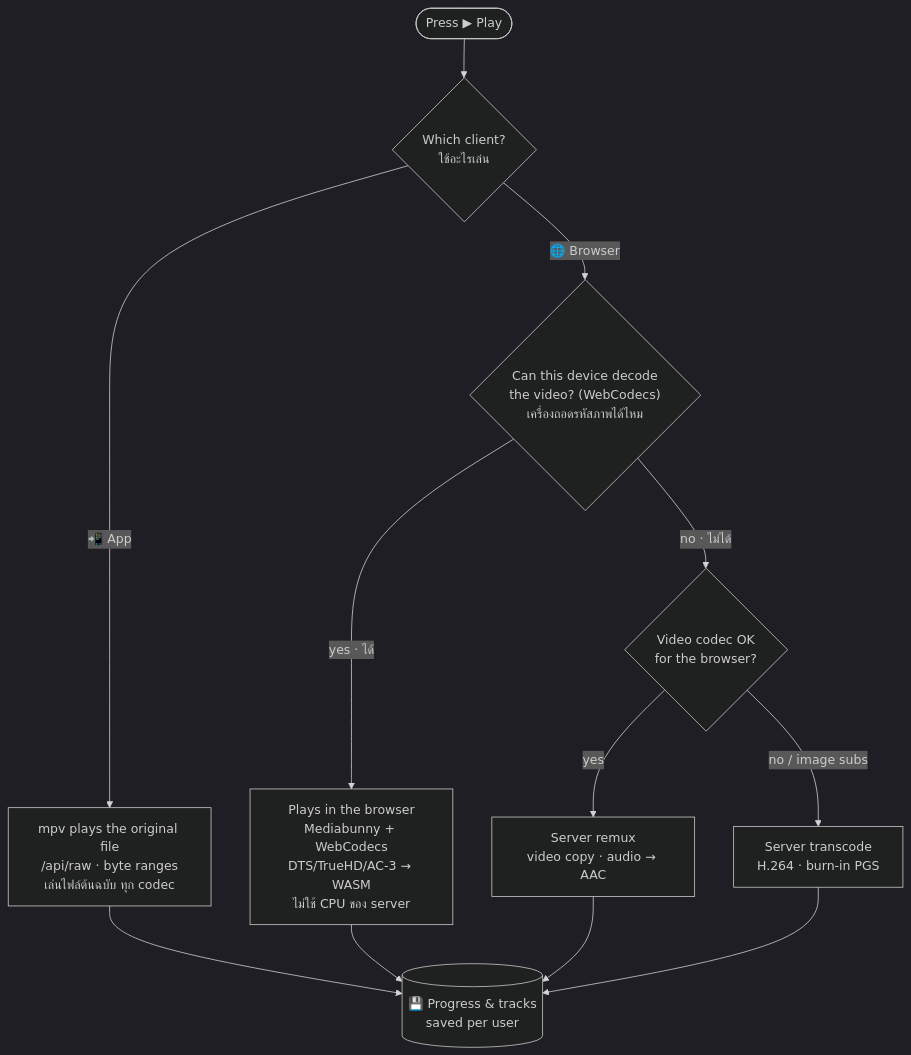
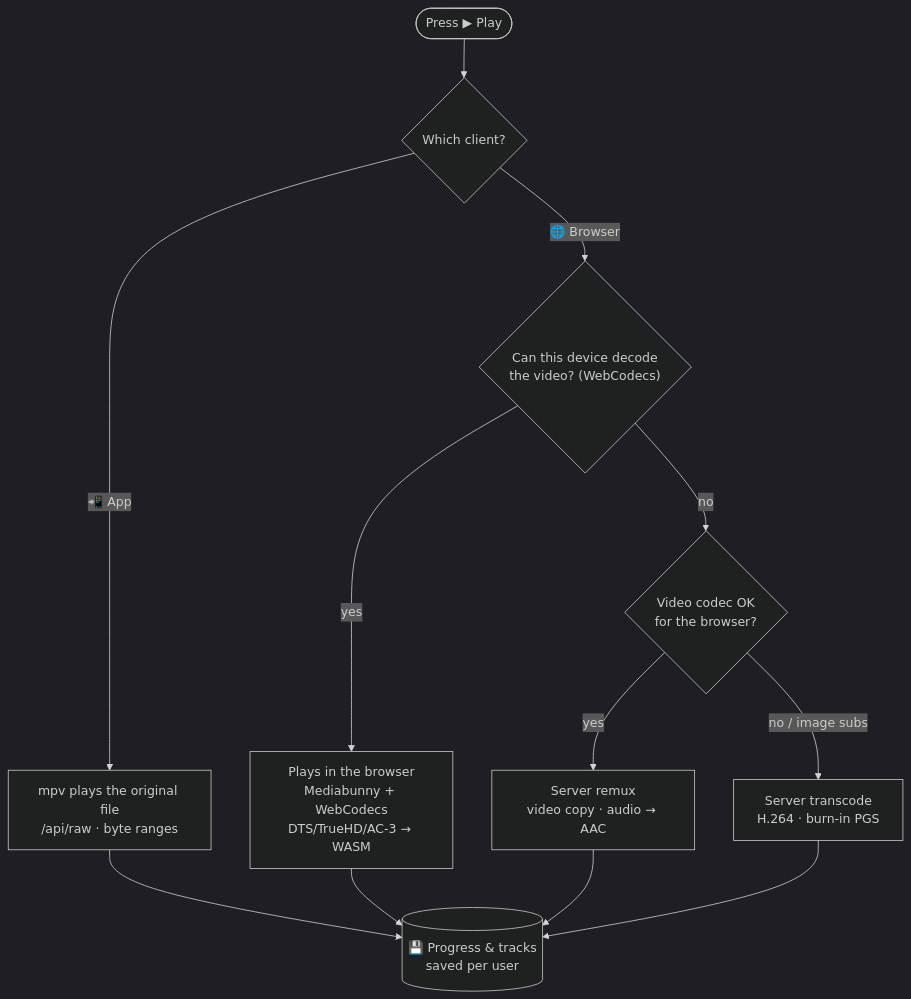
Before and after one commit to un4ckn0wl3z/delos: the second of 6 diagrams in README.md, drawn with Mermaid (dark theme). The commit also changed other lines of this file and 1 other file, not shown here.

````diff
--- a/README.md
+++ b/README.md
@@ -105,14 +105,14 @@
 ```mermaid
 flowchart TD
-  P(["Press ▶ Play"]) --> Q{"Which client?<br/>ใช้อะไรเล่น"}
-  Q -->|"📲 App"| M["mpv plays the original file<br/>/api/raw · byte ranges<br/>เล่นไฟล์ต้นฉบับ ทุก codec"]
-  Q -->|"🌐 Browser"| C{"Can this device decode<br/>the video? (WebCodecs)<br/>เครื่องถอดรหัสภาพได้ไหม"}
-  C -->|"yes · ได้"| B["Plays in the browser<br/>Mediabunny + WebCodecs<br/>DTS/TrueHD/AC-3 → WASM<br/>ไม่ใช้ CPU ของ server"]
-  C -->|"no · ไม่ได้"| R{"Video codec OK<br/>for the browser?"}
+  P(["Press ▶ Play"]) --> Q{"Which client?"}
+  Q -->|"📲 App"| M["mpv plays the original file<br/>/api/raw · byte ranges"]
+  Q -->|"🌐 Browser"| C{"Can this device decode<br/>the video? (WebCodecs)"}
+  C -->|"yes"| B["Plays in the browser<br/>Mediabunny + WebCodecs<br/>DTS/TrueHD/AC-3 → WASM"]
+  C -->|"no"| R{"Video codec OK<br/>for the browser?"}
   R -->|"yes"| X["Server remux<br/>video copy · audio → AAC"]
   R -->|"no / image subs"| T["Server transcode<br/>H.264 · burn-in PGS"]
   M --> PR[("💾 Progress & tracks<br/>saved per user")]
   B --> PR
   X --> PR
   T --> PR
 ```
````
